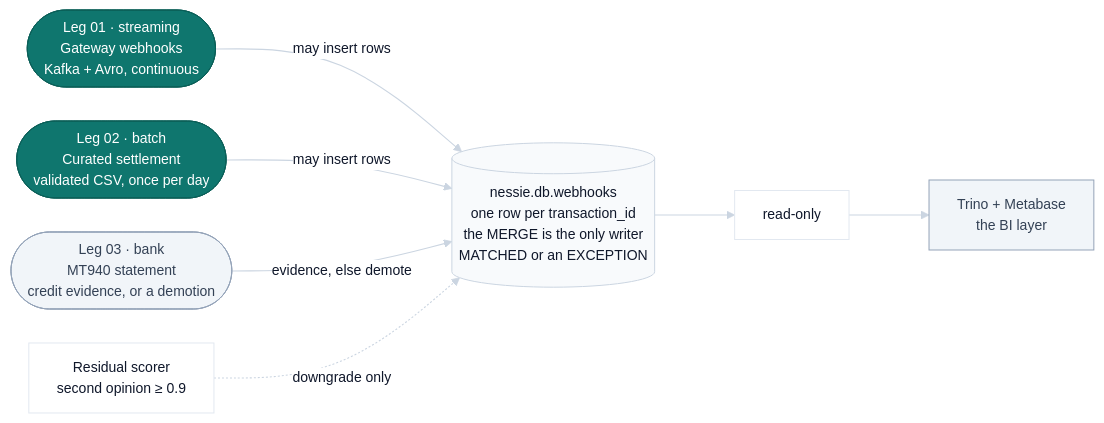
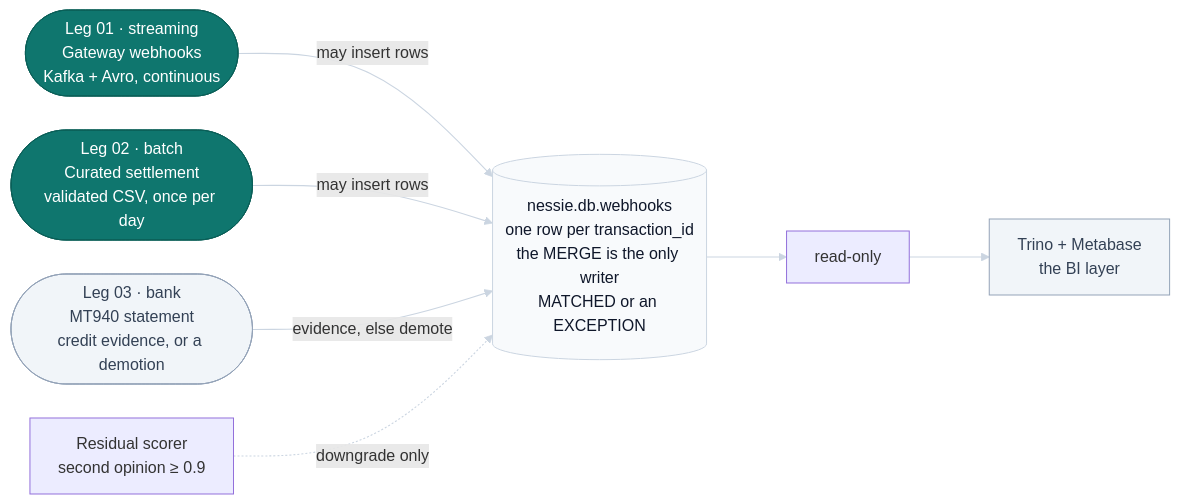
One commit to DhanushPillay/tx-recon changed the first of 2 diagrams in docs/ARCHITECTURE.md. Above: the diagram before and after it, drawn with Mermaid. The commit also changed other lines of this file and 2 other files, not shown here.

First line of the commit message:
docs: let the diagrams follow the reader's light or dark mode

````diff
--- a/docs/ARCHITECTURE.md
+++ b/docs/ARCHITECTURE.md
@@ -15,25 +15,25 @@
 ```mermaid
-%%{init: {"theme": "base", "look": "classic", "layout": "dagre", "themeVariables": {"fontSize": "14px", "primaryColor": "#FFFFFF", "primaryTextColor": "#0F172A", "primaryBorderColor": "#E2E8F0", "lineColor": "#CBD5E1", "secondaryColor": "#F8FAFC", "tertiaryColor": "#F1F5F9", "clusterBkg": "#FCFCFD", "clusterBorder": "#EEF2F7", "edgeLabelBackground": "#FFFFFF", "mainBkg": "#FFFFFF", "titleColor": "#0F172A", "useGradient": false}, "flowchart": {"curve": "basis", "nodeSpacing": 34, "rankSpacing": 80, "padding": 14, "useMaxWidth": true}}}%%
+%%{init: {"look": "classic", "layout": "dagre", "flowchart": {"curve": "basis", "nodeSpacing": 34, "rankSpacing": 80, "padding": 14, "useMaxWidth": true}}}%%
 flowchart LR
   L1(["Leg 01 · streaming<br/>Gateway webhooks<br/>Kafka + Avro, continuous"]):::ing
   L2(["Leg 02 · batch<br/>Curated settlement<br/>validated CSV, once per day"]):::ing
   L3(["Leg 03 · bank<br/>MT940 statement<br/>credit evidence, or a demotion"]):::serve
   RS["Residual scorer<br/>second opinion ≥ 0.9"]
 
   T[("nessie.db.webhooks<br/>one row per transaction_id<br/>the MERGE is the only writer<br/>MATCHED or an EXCEPTION")]:::store
   RO["read-only"]
   BI["Trino + Metabase<br/>the BI layer"]:::serve
 
   L1 -->|"may insert rows"| T
   L2 -->|"may insert rows"| T
   L3 -->|"evidence, else demote"| T
   RS -.->|"downgrade only"| T
 
   T --> RO
   RO --> BI
 
   classDef ing fill:#0F766E,stroke:#0B5F58,color:#FFFFFF,stroke-width:1px;
   classDef store fill:#F8FAFC,stroke:#CBD5E1,color:#0F172A,stroke-width:1px;
   classDef serve fill:#F1F5F9,stroke:#94A3B8,color:#334155,stroke-width:1px;
   linkStyle default stroke:#CBD5E1,stroke-width:1.1px;
 ```
````
